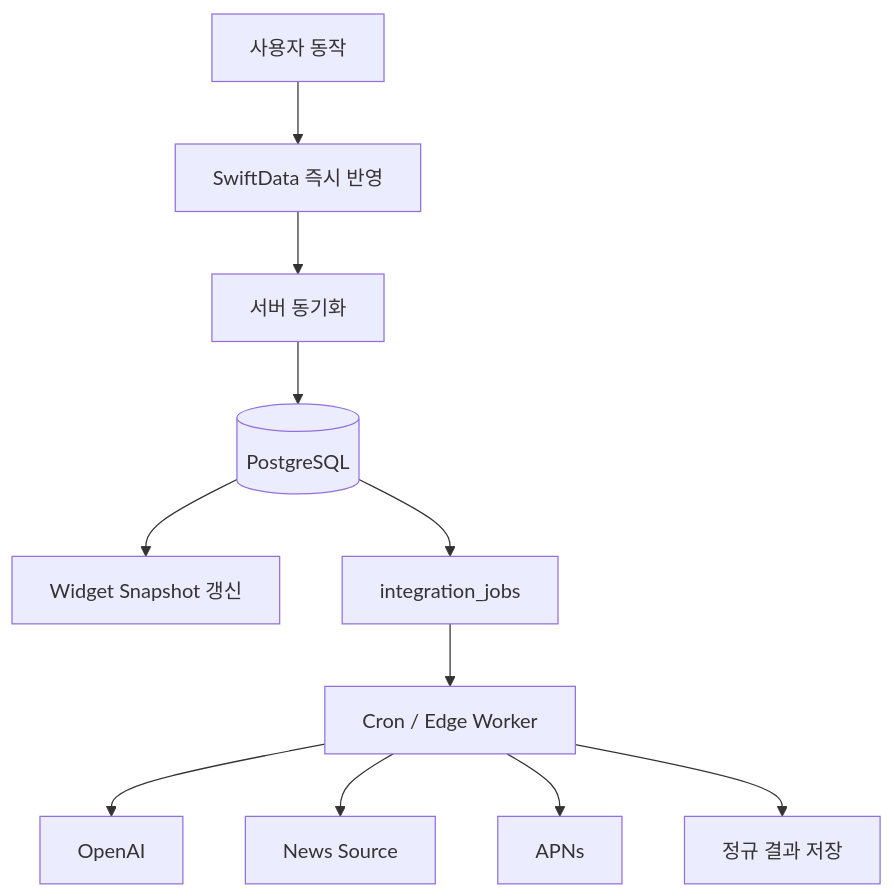
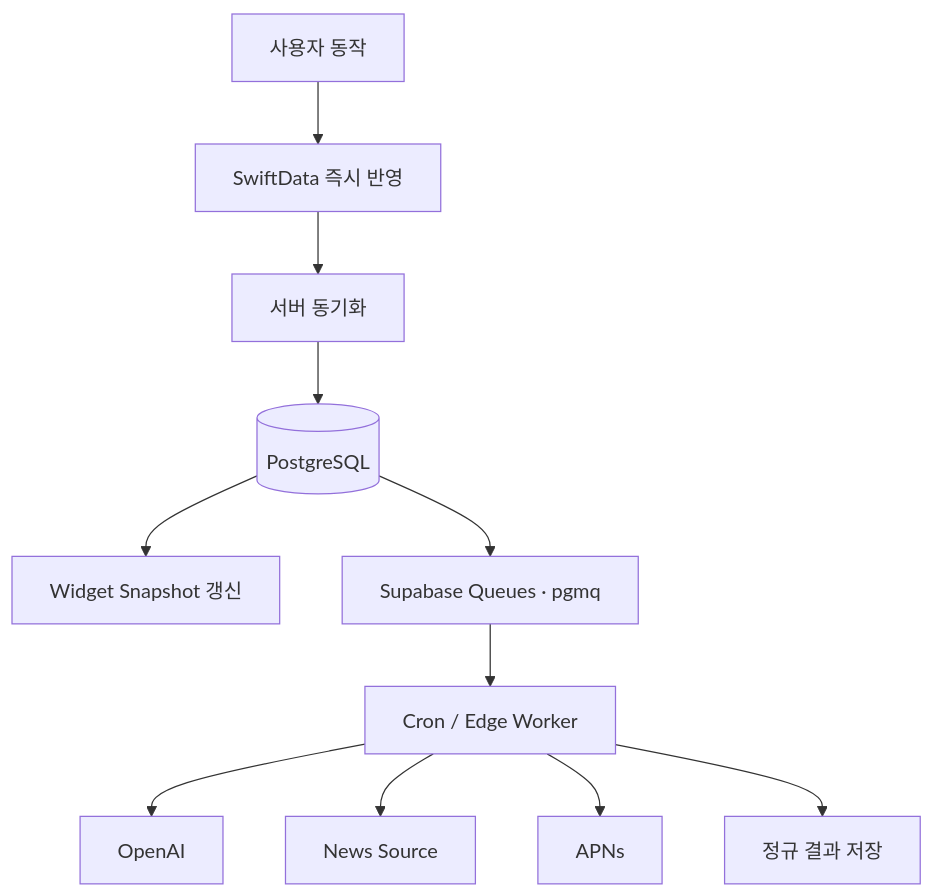
Before and after one commit to leebeanbin/memdo: the first of 2 diagrams in docs/17-data-pipeline.md, drawn with Mermaid. The commit also changed other lines of this file and 21 other files, not shown here.

````diff
--- a/docs/17-data-pipeline.md
+++ b/docs/17-data-pipeline.md
@@ -17,13 +18,13 @@
 ```mermaid
 flowchart TD
     USER["사용자 동작"] --> LOCAL["SwiftData 즉시 반영"]
     LOCAL --> SYNC["서버 동기화"]
     SYNC --> DB[("PostgreSQL")]
     DB --> SNAPSHOT["Widget Snapshot 갱신"]
-    DB --> JOB["integration_jobs"]
+    DB --> JOB["Supabase Queues · pgmq"]
     JOB --> WORKER["Cron / Edge Worker"]
     WORKER --> OPENAI["OpenAI"]
     WORKER --> NEWS["News Source"]
     WORKER --> APNS["APNs"]
     WORKER --> RESULT["정규 결과 저장"]
 ```
````
